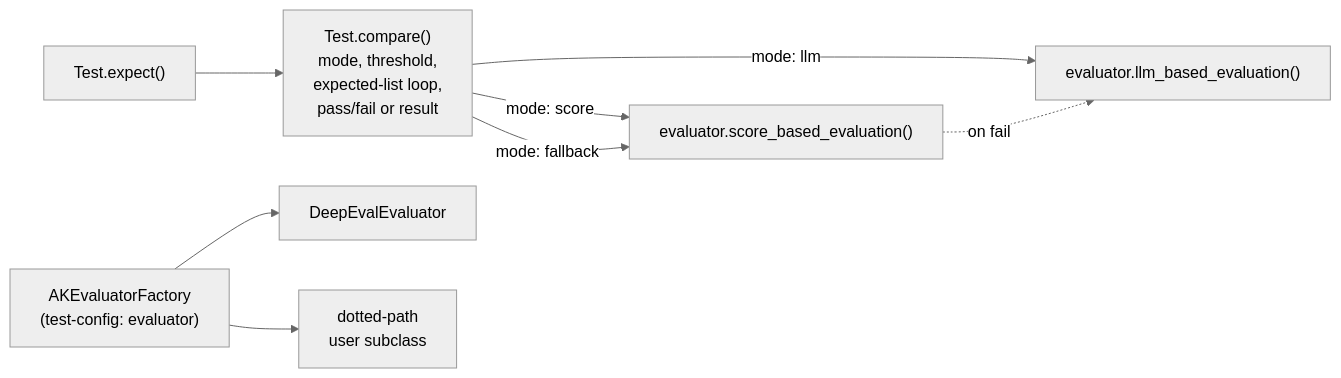
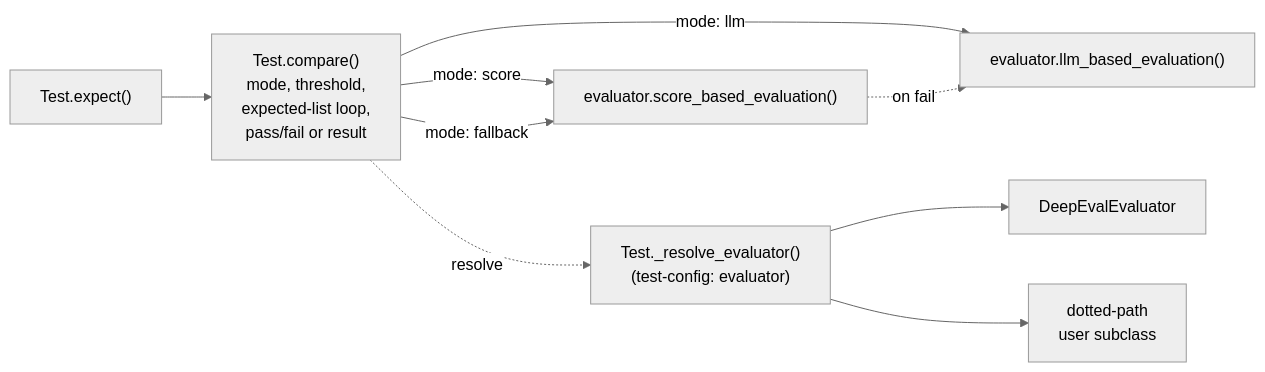
Before and after one commit to yaalalabs/agent-kernel: the diagram in docs/specs/555-pluggable-test-evaluators/design.md, drawn with Mermaid (neutral theme). The commit also changed other lines of this file, not shown here.

````diff
--- a/docs/specs/555-pluggable-test-evaluators/design.md
+++ b/docs/specs/555-pluggable-test-evaluators/design.md
@@ -36,9 +47,10 @@
 ```mermaid
 graph LR
     E["Test.expect()"] --> C["Test.compare()<br/>mode, threshold,<br/>expected-list loop,<br/>pass/fail or result"]
     C -->|"mode: score"| S["evaluator.score_based_evaluation()"]
     C -->|"mode: llm"| L["evaluator.llm_based_evaluation()"]
     C -->|"mode: fallback"| S -.->|"on fail"| L
-    F["AKEvaluatorFactory<br/>(test-config: evaluator)"] --> DE["DeepEvalEvaluator"]
+    C -.->|"resolve"| F["Test._resolve_evaluator()<br/>(test-config: evaluator)"]
+    F --> DE["DeepEvalEvaluator"]
     F --> BYO["dotted-path<br/>user subclass"]
 ```
````
